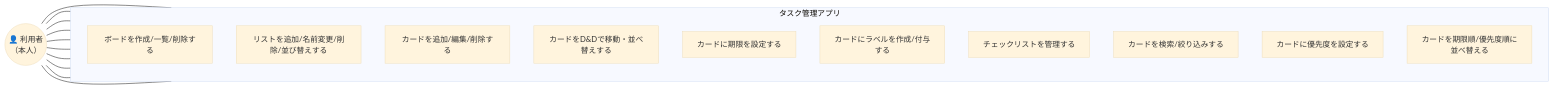
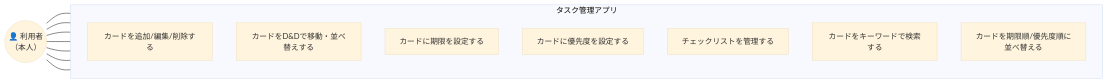
The diagram in docs/機能要件.md (masato-N918/raisetech_ai), drawn with Mermaid (base theme) before and after one commit. The commit also changed other lines of this file and 5 other files, not shown here.

````diff
--- a/docs/機能要件.md
+++ b/docs/機能要件.md
@@ -11,29 +11,23 @@
 ```mermaid
 flowchart LR
     user(("👤 利用者<br/>（本人）"))
 
     subgraph system["タスク管理アプリ"]
         direction TB
-        uc1["ボードを作成/一覧/削除する"]
-        uc2["リストを追加/名前変更/削除/並び替えする"]
         uc3["カードを追加/編集/削除する"]
         uc4["カードをD&Dで移動・並べ替えする"]
         uc5["カードに期限を設定する"]
-        uc6["カードにラベルを作成/付与する"]
+        uc9["カードに優先度を設定する"]
         uc7["チェックリストを管理する"]
-        uc8["カードを検索/絞り込みする"]
-        uc9["カードに優先度を設定する"]
+        uc8["カードをキーワードで検索する"]
         uc10["カードを期限順/優先度順に並べ替える"]
     end
 
-    user --- uc1
-    user --- uc2
     user --- uc3
     user --- uc4
     user --- uc5
-    user --- uc6
+    user --- uc9
     user --- uc7
     user --- uc8
-    user --- uc9
     user --- uc10
 ```
````
